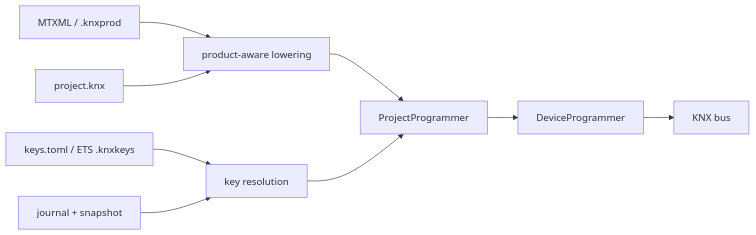
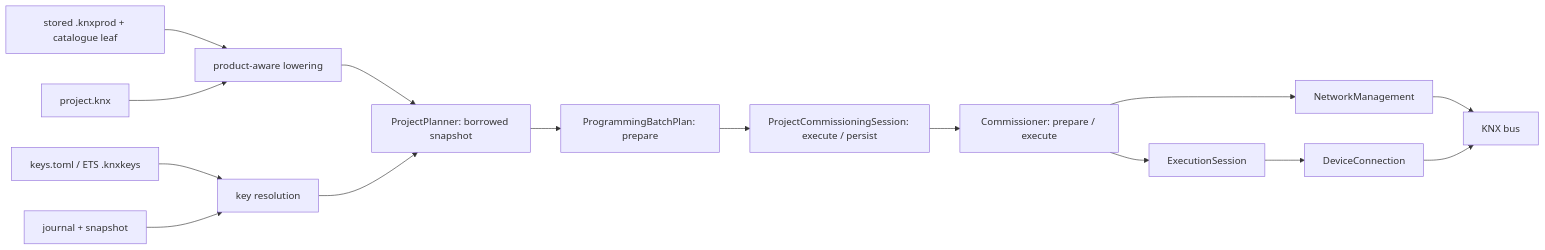
Before and after one commit to ntrnnr/zweidraehte: the diagram in docs/DEVICE_PROGRAMMING.md, drawn with Mermaid. The commit also changed other lines of this file and 400 other files, not shown here.

````diff
--- a/docs/DEVICE_PROGRAMMING.md
+++ b/docs/DEVICE_PROGRAMMING.md
@@ -9,11 +18,17 @@
 ```mermaid
 flowchart LR
-    Product["MTXML / .knxprod"] --> Lower["product-aware lowering"]
+    Product["stored .knxprod + catalogue leaf"] --> Lower["product-aware lowering"]
     Project["project.knx"] --> Lower
     Keys["keys.toml / ETS .knxkeys"] --> Resolve["key resolution"]
     State["journal + snapshot"] --> Resolve
-    Lower --> Plan["ProjectProgrammer"]
-    Resolve --> Plan
-    Plan --> Device["DeviceProgrammer"]
-    Device --> Bus["KNX bus"]
+    Lower --> ProjectPlan["ProjectPlanner: borrowed snapshot"]
+    Resolve --> ProjectPlan
+    ProjectPlan --> Batch["ProgrammingBatchPlan: prepare"]
+    Batch --> Session["ProjectCommissioningSession: execute / persist"]
+    Session --> Commissioner["Commissioner: prepare / execute"]
+    Commissioner --> Network["NetworkManagement"]
+    Commissioner --> Device["ExecutionSession"]
+    Device --> Connection["DeviceConnection"]
+    Network --> Bus["KNX bus"]
+    Connection --> Bus
 ```
````
